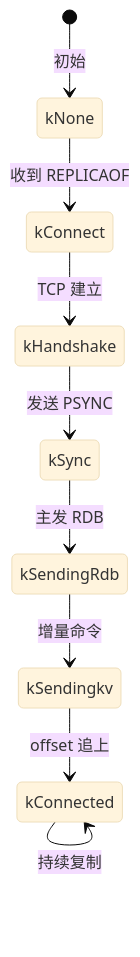
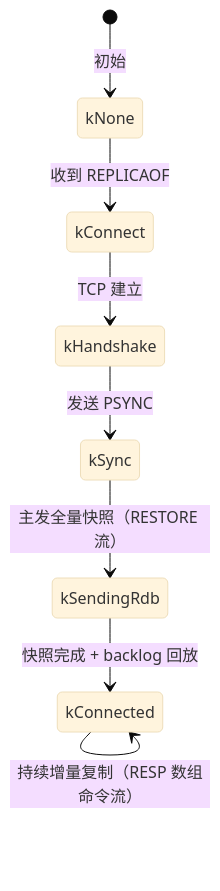
Before and after one commit to zimingttkx/ConcurrentCache: the fourth of 5 diagrams in docs/architecture/cluster.md, drawn with Mermaid (base theme). The commit also changed other lines of this file and 9 other files, not shown here.

````diff
--- a/docs/architecture/cluster.md
+++ b/docs/architecture/cluster.md
@@ -191,11 +191,10 @@
 ```mermaid
 stateDiagram-v2
     [*] --> kNone: 初始
     kNone --> kConnect: 收到 REPLICAOF
     kConnect --> kHandshake: TCP 建立
     kHandshake --> kSync: 发送 PSYNC
-    kSync --> kSendingRdb: 主发 RDB
-    kSendingRdb --> kSendingkv: 增量命令
-    kSendingkv --> kConnected: offset 追上
-    kConnected --> kConnected: 持续复制
+    kSync --> kSendingRdb: 主发全量快照（RESTORE 流）
+    kSendingRdb --> kConnected: 快照完成 + backlog 回放
+    kConnected --> kConnected: 持续增量复制（RESP 数组命令流）
 ```
````
